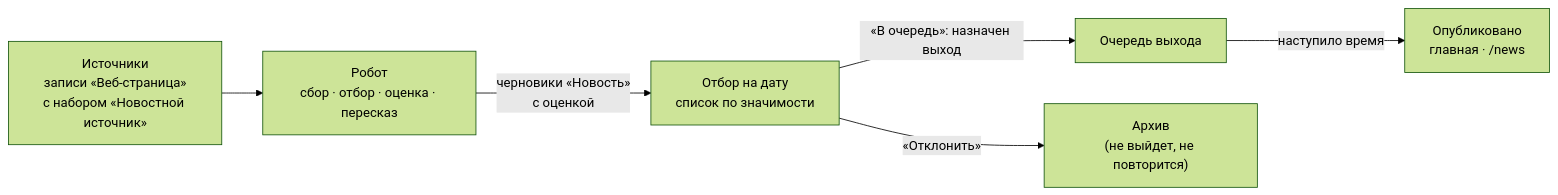
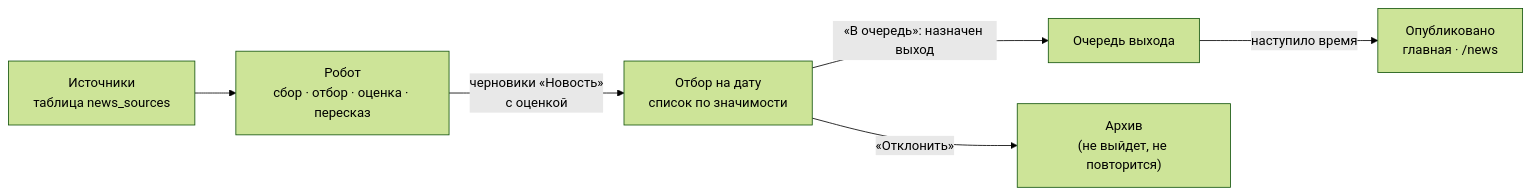
One commit to softom/2vhutemas2 changed the diagram in WIKI/Новости.md. Above: the diagram before and after it, drawn with Mermaid (forest theme). The commit also changed other lines of this file and 2 other files, not shown here.

First line of the commit message:
Новости: решения Р-88, слоты выхода, Polza.AI, источники и первый блок

````diff
--- a/WIKI/Новости.md
+++ b/WIKI/Новости.md
@@ -15,8 +24,8 @@
 ```mermaid
 flowchart LR
-    S["Источники<br/>записи «Веб-страница»<br/>с набором «Новостной источник»"] --> R["Робот<br/>сбор · отбор · оценка · пересказ"]
+    S["Источники<br/>таблица news_sources"] --> R["Робот<br/>сбор · отбор · оценка · пересказ"]
     R -->|"черновики «Новость»<br/>с оценкой"| C["Отбор на дату<br/>список по значимости"]
     C -->|"«В очередь»: назначен выход"| Q["Очередь выхода"]
     C -->|"«Отклонить»"| A["Архив<br/>(не выйдет, не повторится)"]
     Q -->|"наступило время"| P["Опубликовано<br/>главная · /news"]
 ```
````
